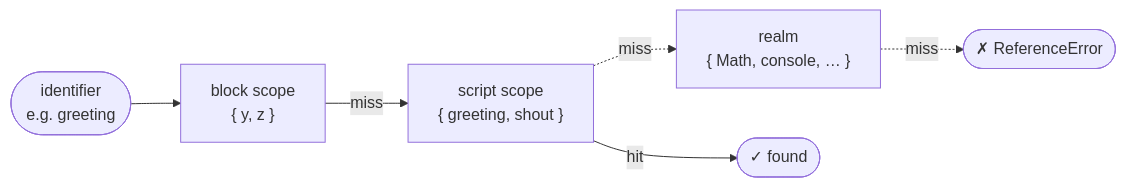
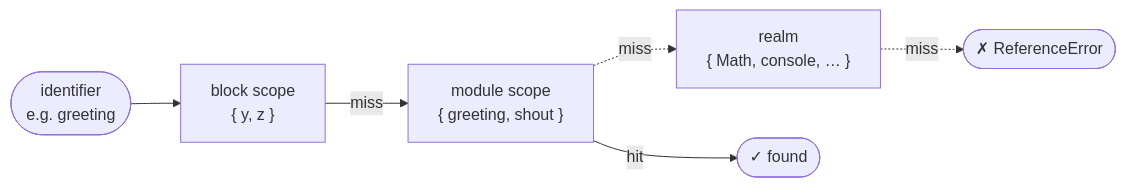
One commit to codeschoolinabox/curricula changed the second of 5 diagrams in src/lib/study-lenses/language-levels/jej/notional-machine.md. Above: the diagram before and after it, drawn with Mermaid. The commit also changed other lines of this file, not shown here.

First line of the commit message:
docs: conform scopes and bindings to the module-mode scope model

````diff
--- a/src/lib/study-lenses/language-levels/jej/notional-machine.md
+++ b/src/lib/study-lenses/language-levels/jej/notional-machine.md
@@ -262,14 +270,14 @@
 ```mermaid
 flowchart LR
     id(["identifier<br/>e.g. greeting"])
     block["block scope<br/>{ y, z }"]
-    script["script scope<br/>{ greeting, shout }"]
+    mod["module scope<br/>{ greeting, shout }"]
     realm["realm<br/>{ Math, console, … }"]
     found(["✓ found"])
     err(["✗ ReferenceError"])
     id --> block
-    block -- miss --> script
-    script -- hit --> found
-    script -. miss .-> realm
+    block -- miss --> mod
+    mod -- hit --> found
+    mod -. miss .-> realm
     realm -. miss .-> err
 ```
````
